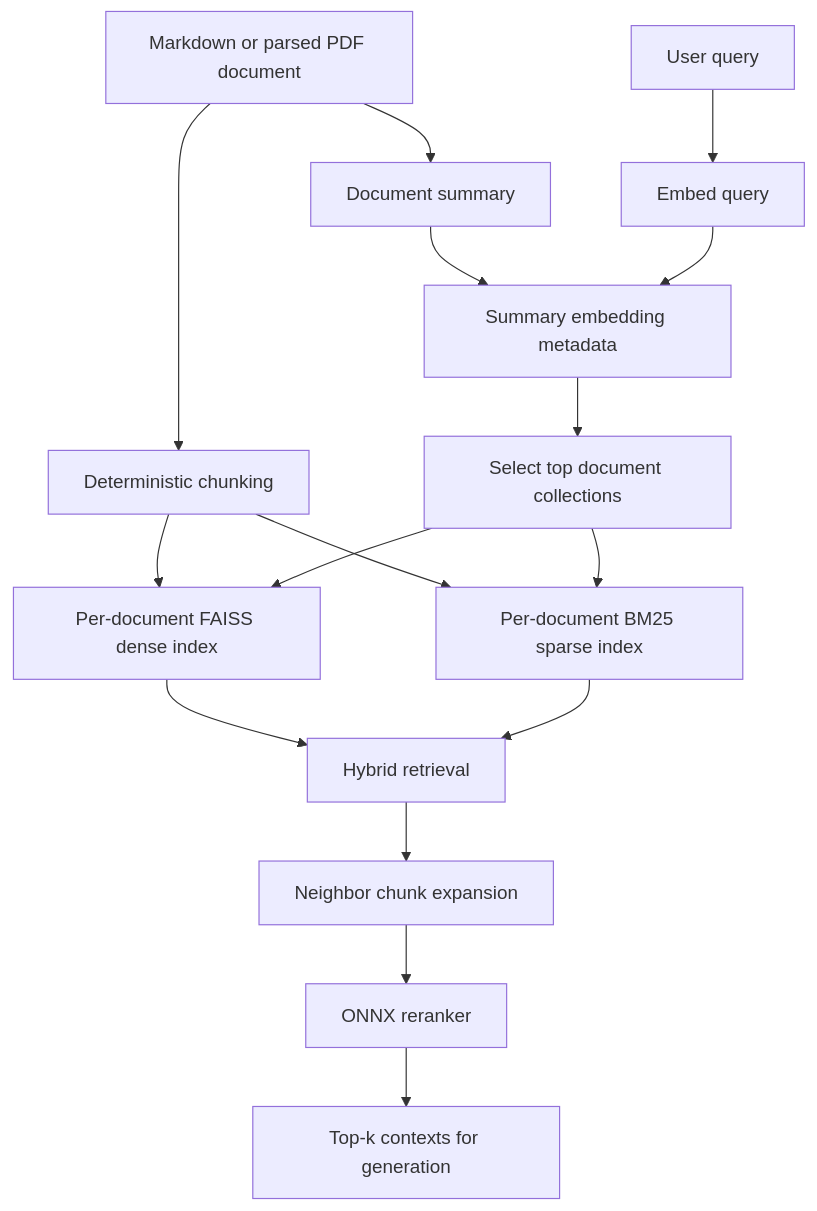
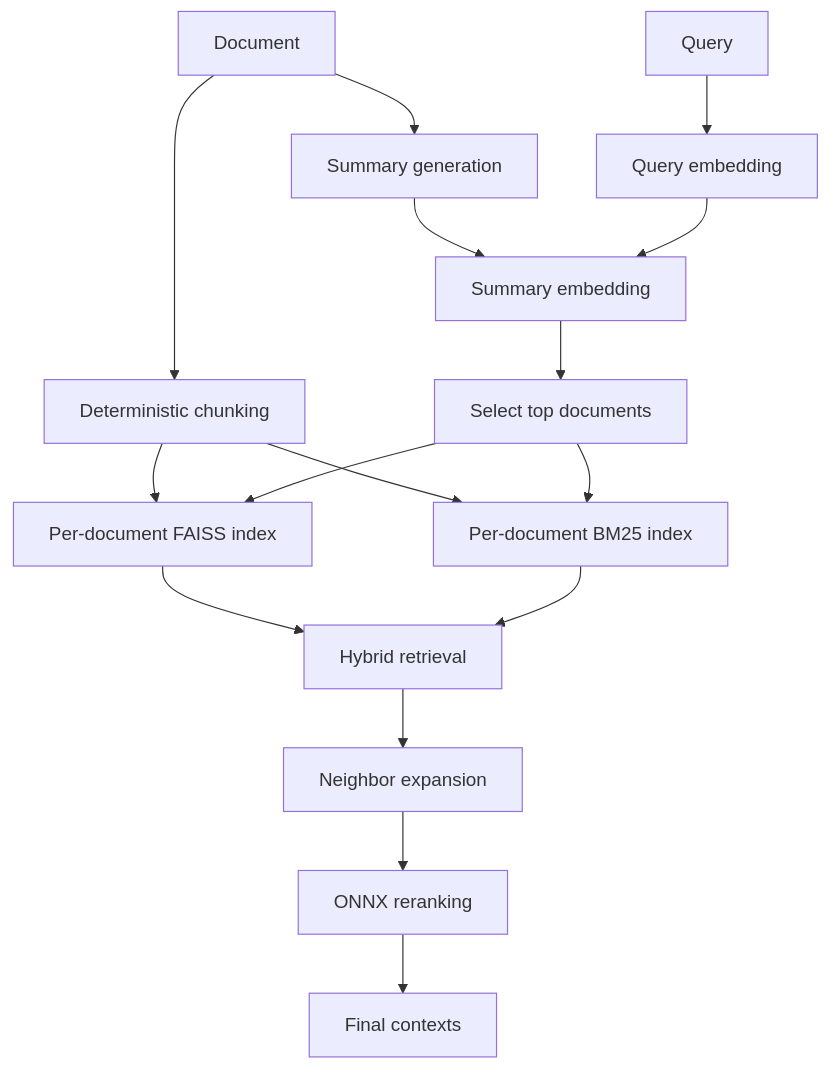
The diagram in README.md (iam-tsr/ManuIndex), drawn with Mermaid before and after one commit. The commit also changed other lines of this file, not shown here.

Commit message:
update README to clarify ManuIndex functionality and improve document routing explanation

````diff
--- a/README.md
+++ b/README.md
@@ -27,19 +23,19 @@
 ```mermaid
 flowchart TD
-    A[Markdown or parsed PDF document] --> B[Document summary]
-    B --> C[Summary embedding metadata]
-    A --> D[Deterministic chunking]
-    D --> E[Per-document FAISS dense index]
-    D --> F[Per-document BM25 sparse index]
+    A[Document] --> B[Summary generation]
+    A --> C[Deterministic chunking]
+    B --> D[Summary embedding]
+    C --> E[Per-document FAISS index]
+    C --> F[Per-document BM25 index]
 
-    Q[User query] --> R[Embed query]
-    R --> C
-    C --> S[Select top document collections]
-    S --> E
-    S --> F
+    Q[Query] --> R[Query embedding]
+    R --> D
+    D --> G[Select top documents]
+    G --> E
+    G --> F
     E --> H[Hybrid retrieval]
     F --> H
-    H --> N[Neighbor chunk expansion]
-    N --> X[ONNX reranker]
-    X --> Y[Top-k contexts for generation]
+    H --> I[Neighbor expansion]
+    I --> J[ONNX reranking]
+    J --> K[Final contexts]
 ```
````
